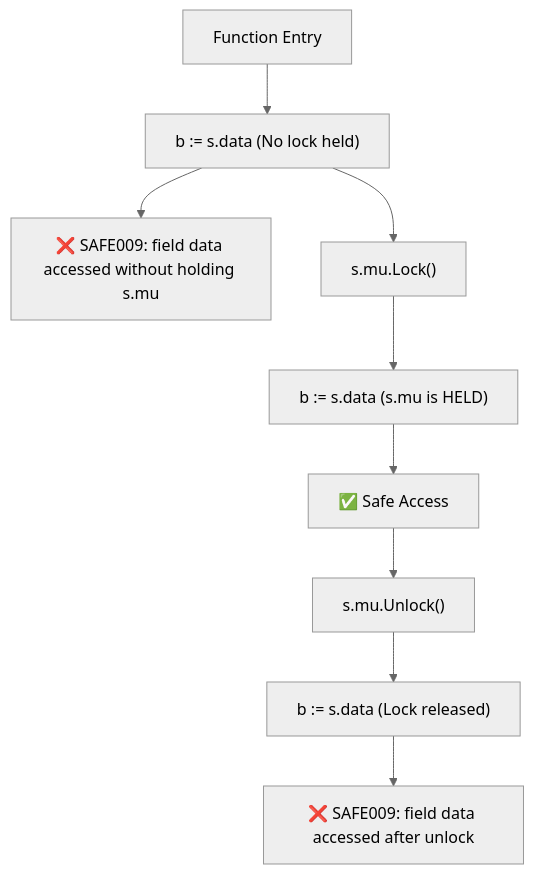
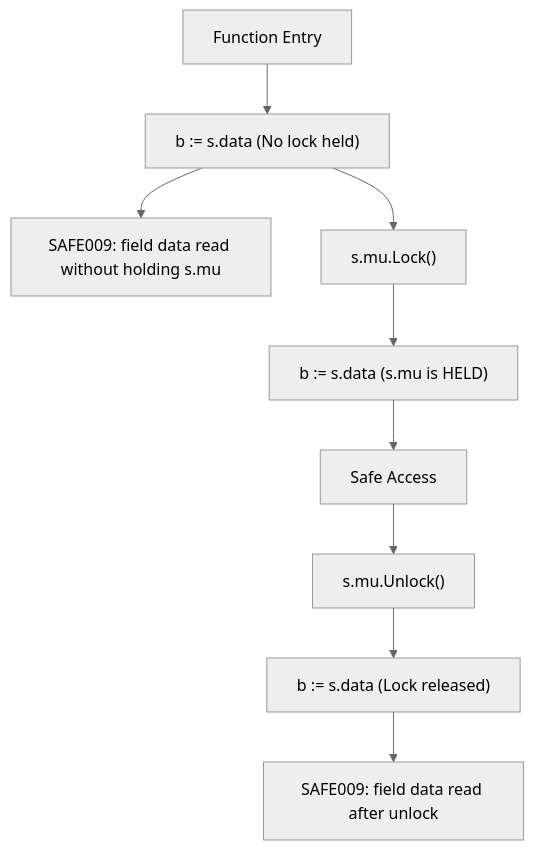
One commit to bharathvbcr/GoSree changed the fourth of 5 diagrams in docs/CONCURRENCY_MODEL.md. Above: the diagram before and after it, drawn with Mermaid (neutral theme). The commit also changed other lines of this file and 13 other files, not shown here.

````diff
--- a/docs/CONCURRENCY_MODEL.md
+++ b/docs/CONCURRENCY_MODEL.md
@@ -117,13 +119,13 @@
 ```mermaid
 flowchart TD
     Entry["Function Entry"] --> Block1["b := s.data (No lock held)"]
-    Block1 --> Err1["❌ SAFE009: field data accessed without holding s.mu"]
+    Block1 --> Err1["SAFE009: field data read without holding s.mu"]
     
     Block1 --> Lock["s.mu.Lock()"]
     Lock --> Block2["b := s.data (s.mu is HELD)"]
-    Block2 --> OK["✅ Safe Access"]
+    Block2 --> OK["Safe Access"]
     
     OK --> Unlock["s.mu.Unlock()"]
     Unlock --> Block3["b := s.data (Lock released)"]
-    Block3 --> Err2["❌ SAFE009: field data accessed after unlock"]
+    Block3 --> Err2["SAFE009: field data read after unlock"]
 ```
````
